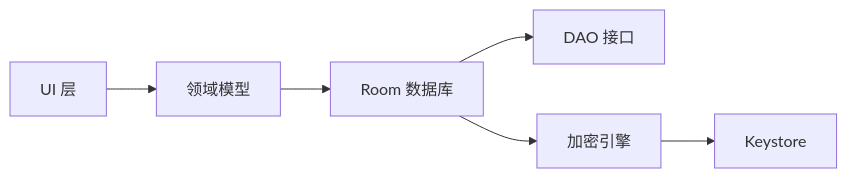
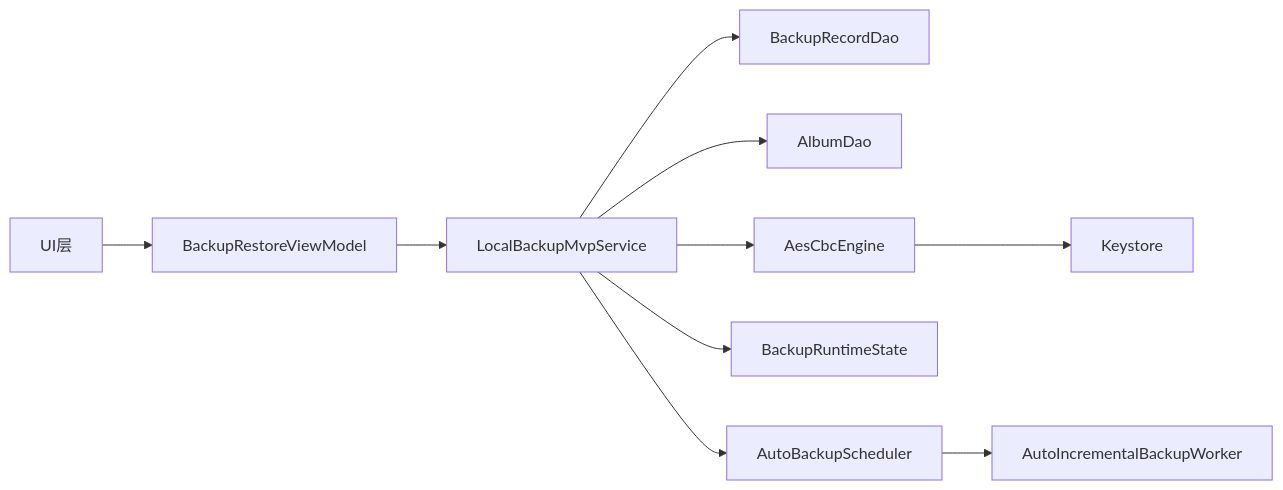
Diagram 12 of 12 in .qoder/repowiki/zh/content/核心功能模块/备份恢复系统.md (wanhongbo/ai-photo-vault), drawn with Mermaid before and after one commit. The commit also changed other lines of this file and 22 other files, not shown here.

````diff
--- a/.qoder/repowiki/zh/content/核心功能模块/备份恢复系统.md
+++ b/.qoder/repowiki/zh/content/核心功能模块/备份恢复系统.md
@@ -411,8 +656,12 @@
 ```mermaid
 graph LR
-UI["UI 层"] --> MODEL["领域模型"]
-MODEL --> DB["Room 数据库"]
-DB --> DAO["DAO 接口"]
-DB --> ENC["加密引擎"]
+UI["UI层"] --> VM["BackupRestoreViewModel"]
+VM --> SERVICE["LocalBackupMvpService"]
+SERVICE --> DAO["BackupRecordDao"]
+SERVICE --> DAO_A["AlbumDao"]
+SERVICE --> ENC["AesCbcEngine"]
+SERVICE --> STATE["BackupRuntimeState"]
+SERVICE --> SCHED["AutoBackupScheduler"]
+SCHED --> WORKER["AutoIncrementalBackupWorker"]
 ENC --> KEY["Keystore"]
 ```
````
